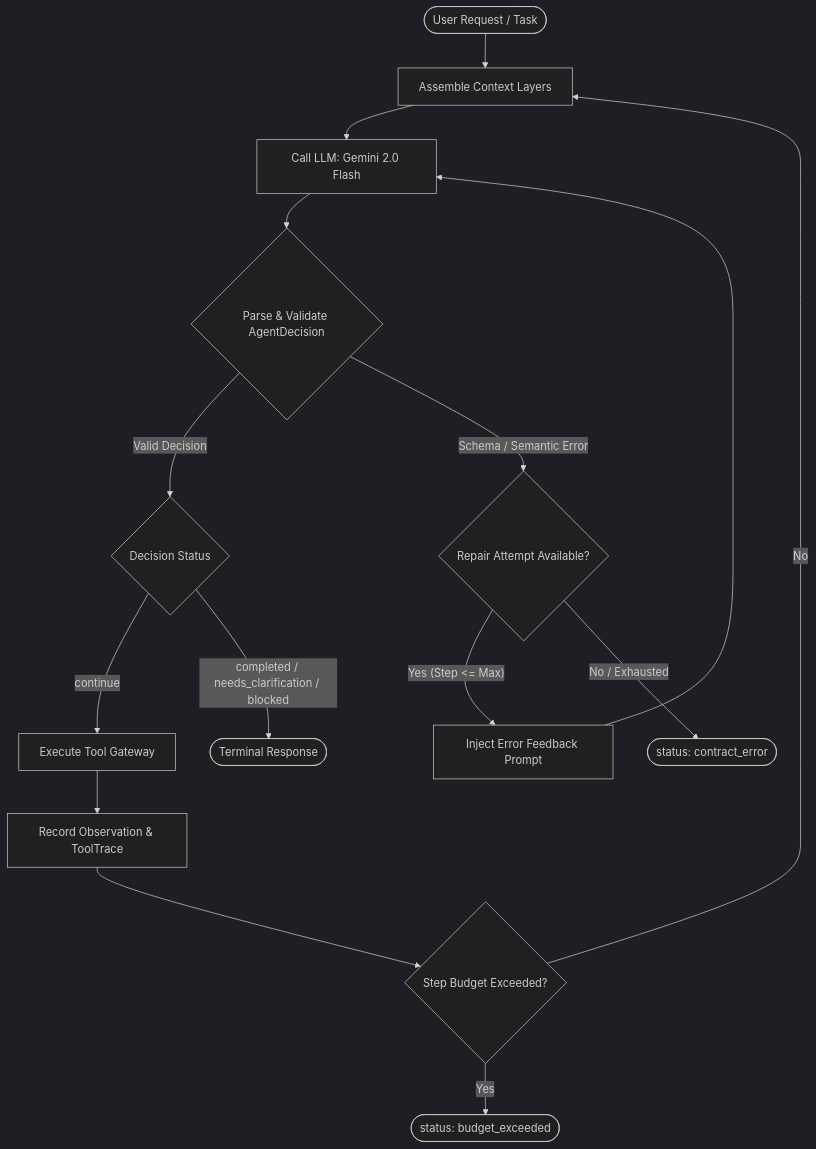
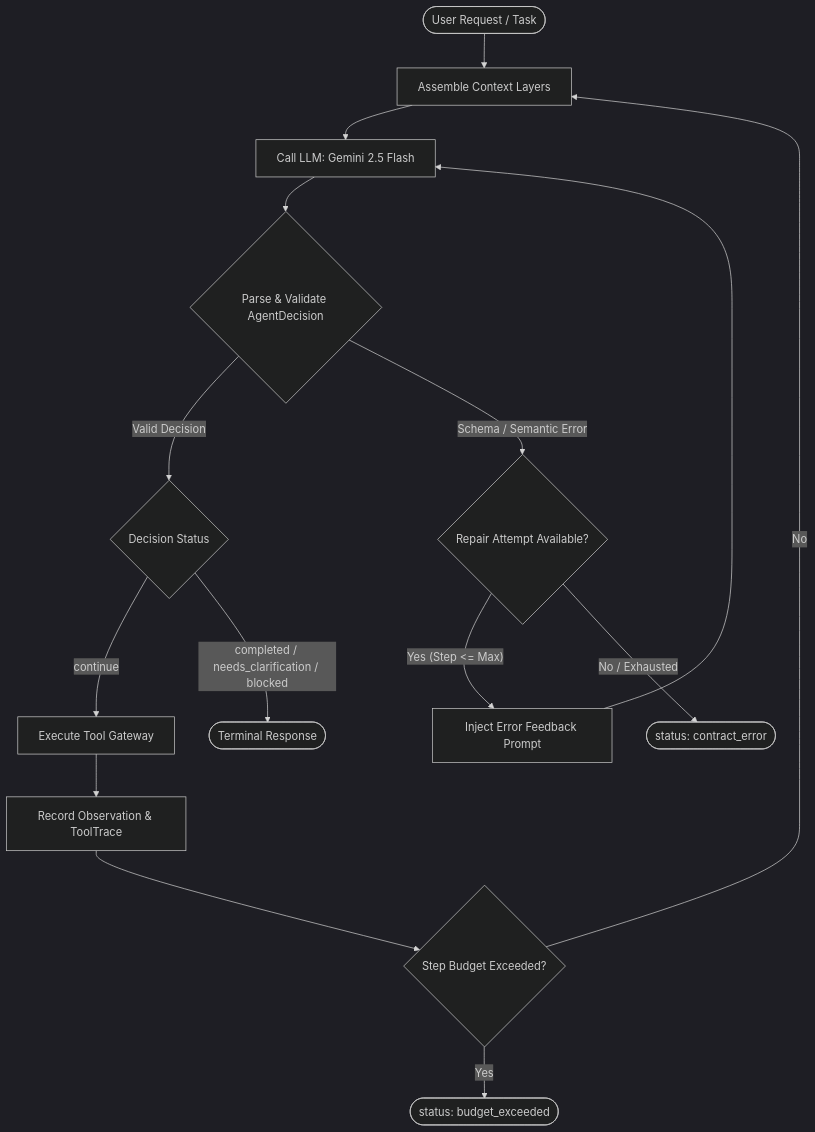
Before and after one commit to rayyankhan33/student-agent: the diagram in README.md, drawn with Mermaid (dark theme). The commit also changed other lines of this file, not shown here.

Commit message:
Fix README: update model references from deprecated gemini-2.0-flash to gemini-2.5-flash

````diff
--- a/README.md
+++ b/README.md
@@ -43,16 +43,16 @@
 ```mermaid
 flowchart TD
     A([User Request / Task]) --> B[Assemble Context Layers]
-    B --> C[Call LLM: Gemini 2.0 Flash]
+    B --> C[Call LLM: Gemini 2.5 Flash]
     C --> D{Parse & Validate AgentDecision}
     D -- Valid Decision --> E{Decision Status}
     D -- Schema / Semantic Error --> F{Repair Attempt Available?}
     F -- Yes (Step <= Max) --> G[Inject Error Feedback Prompt] --> C
     F -- No / Exhausted --> H([status: contract_error])
     E -- continue --> I[Execute Tool Gateway]
     E -- completed / needs_clarification / blocked --> J([Terminal Response])
     I --> K[Record Observation & ToolTrace]
     K --> L{Step Budget Exceeded?}
     L -- Yes --> M([status: budget_exceeded])
     L -- No --> B
 ```
````
